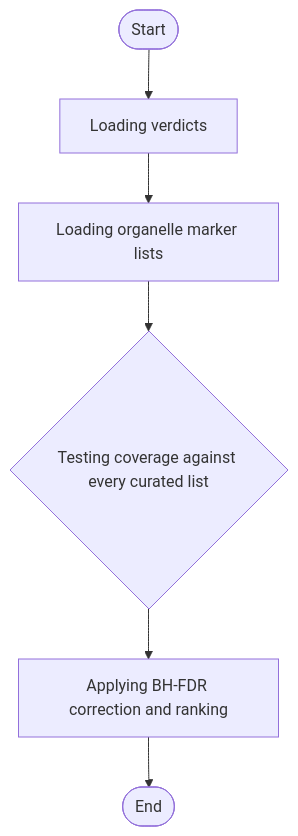
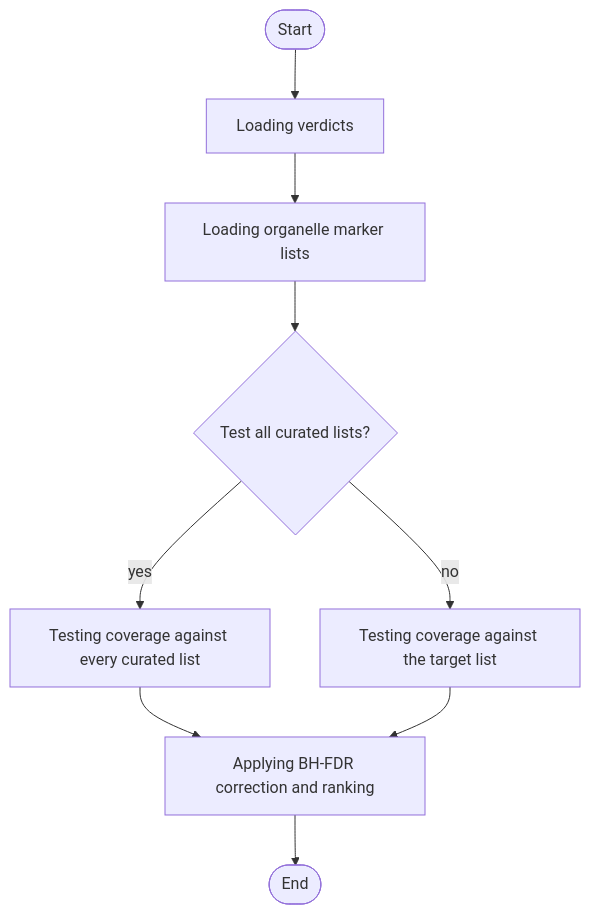
The diagram in README.md (noatgnu/lysoip-organelle-coverage-plugin), drawn with Mermaid before and after one commit. The commit also changed other lines of this file and 2 other files, not shown here.

````diff
--- a/README.md
+++ b/README.md
@@ -29,12 +29,17 @@
 ```mermaid
 flowchart TD
     Start([Start]) --> step1
     step1["Loading verdicts"]
-    step1 --> step2
-    step2["Loading organelle marker lists"]
-    step2 --> step3
-    step3{"Testing coverage against every curated list"}
-    step3 --> step4
-    step4["Applying BH-FDR correction and ranking"]
-    step4 --> End([End])
+    step1 --> load_lists
+    load_lists["Loading organelle marker lists"]
+    load_lists --> test_all
+    test_all{"Test all curated lists?"}
+    test_all -->|"yes"| test_all_lists
+    test_all -->|"no"| test_one_list
+    test_all_lists["Testing coverage against every curated list"]
+    test_all_lists --> step2
+    test_one_list["Testing coverage against the target list"]
+    test_one_list --> step2
+    step2["Applying BH-FDR correction and ranking"]
+    step2 --> End([End])
 ```
````
